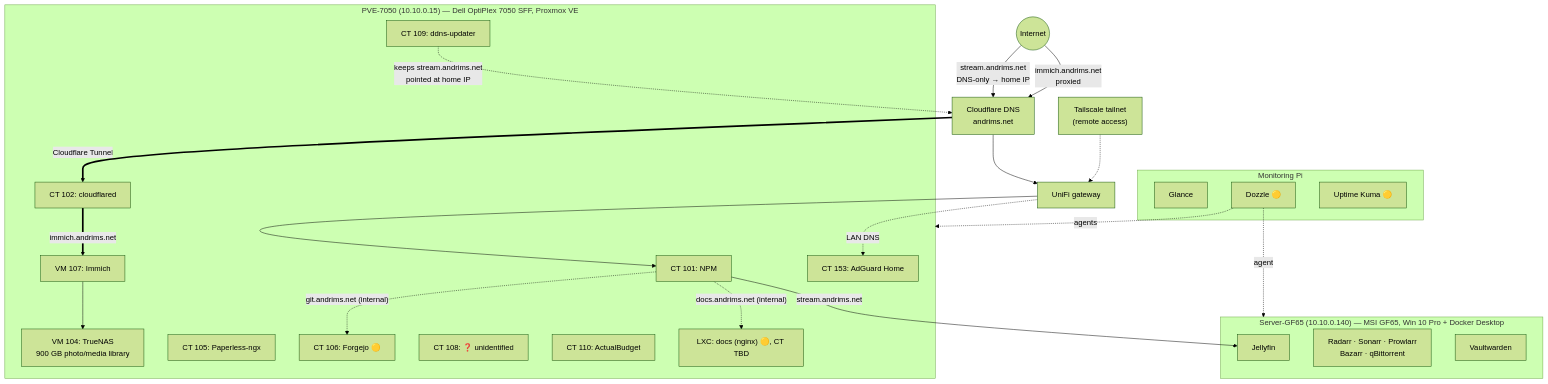
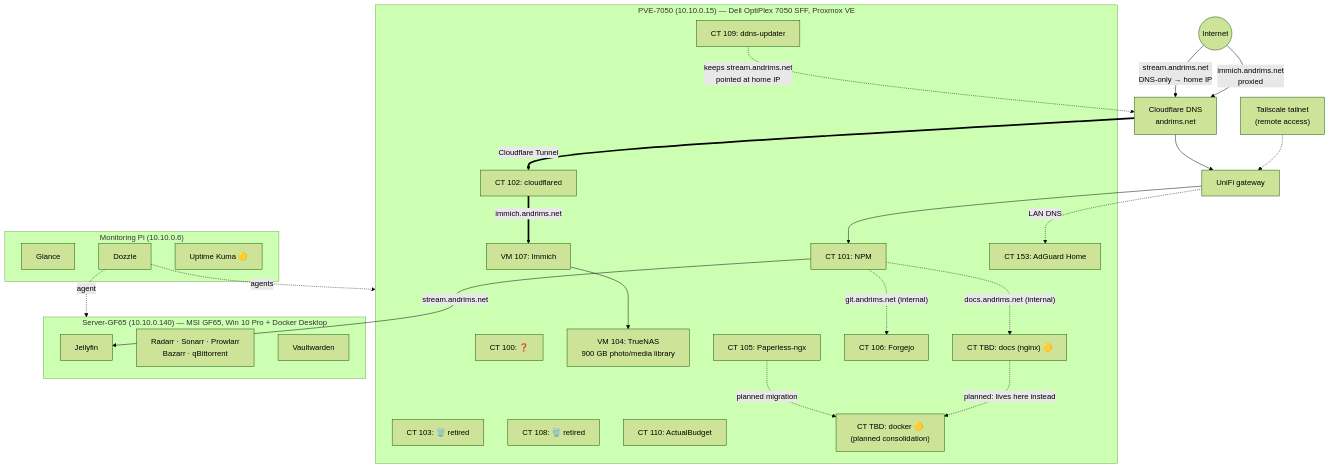
One commit to Aulteran/homelab-docs changed the diagram in docs/index.md. Above: the diagram before and after it, drawn with Mermaid (forest theme). The commit also changed other lines of this file and 14 other files, not shown here.

````diff
--- a/docs/index.md
+++ b/docs/index.md
@@ -40,49 +40,54 @@
 ```mermaid
 flowchart TB
     internet((Internet))
     cf["Cloudflare DNS<br/>andrims.net"]
     ts["Tailscale tailnet<br/>(remote access)"]
 
     internet -->|"stream.andrims.net<br/>DNS-only → home IP"| cf
     internet -->|"immich.andrims.net<br/>proxied"| cf
     cf --> unifi["UniFi gateway"]
     ts -.-> unifi
 
     subgraph pve["PVE-7050 (10.10.0.15) — Dell OptiPlex 7050 SFF, Proxmox VE"]
+        ct100["CT 100: ❓"]
         npm["CT 101: NPM"]
         cfd["CT 102: cloudflared"]
+        ct103["CT 103: 🗑️ retired"]
         truenas["VM 104: TrueNAS<br/>900 GB photo/media library"]
         paperless["CT 105: Paperless-ngx"]
-        forgejo["CT 106: Forgejo 🟡"]
+        forgejo["CT 106: Forgejo"]
         immich["VM 107: Immich"]
-        ct108["CT 108: ❓ unidentified"]
+        ct108["CT 108: 🗑️ retired"]
         ddns["CT 109: ddns-updater"]
         budget["CT 110: ActualBudget"]
         adguard["CT 153: AdGuard Home"]
-        docs["LXC: docs (nginx) 🟡, CT TBD"]
+        newdocker["CT TBD: docker 🟡<br/>(planned consolidation)"]
+        docs["CT TBD: docs (nginx) 🟡"]
     end
 
     subgraph gf65["Server-GF65 (10.10.0.140) — MSI GF65, Win 10 Pro + Docker Desktop"]
         jellyfin["Jellyfin"]
         arr["Radarr · Sonarr · Prowlarr<br/>Bazarr · qBittorrent"]
         vw["Vaultwarden"]
     end
 
-    subgraph pi["Monitoring Pi"]
+    subgraph pi["Monitoring Pi (10.10.0.6)"]
         glance["Glance"]
-        dozzle["Dozzle 🟡"]
+        dozzle["Dozzle"]
         kuma["Uptime Kuma 🟡"]
     end
 
     unifi --> npm
     unifi -.->|LAN DNS| adguard
     cf ==>|"Cloudflare Tunnel"| cfd
     cfd ==>|immich.andrims.net| immich
     ddns -.->|"keeps stream.andrims.net<br/>pointed at home IP"| cf
     npm -->|stream.andrims.net| jellyfin
     npm -.->|"git.andrims.net (internal)"| forgejo
     npm -.->|"docs.andrims.net (internal)"| docs
+    paperless -.->|"planned migration"| newdocker
+    docs -.->|"planned: lives here instead"| newdocker
     immich --> truenas
     dozzle -.->|agent| gf65
     dozzle -.->|agents| pve
 ```
````
